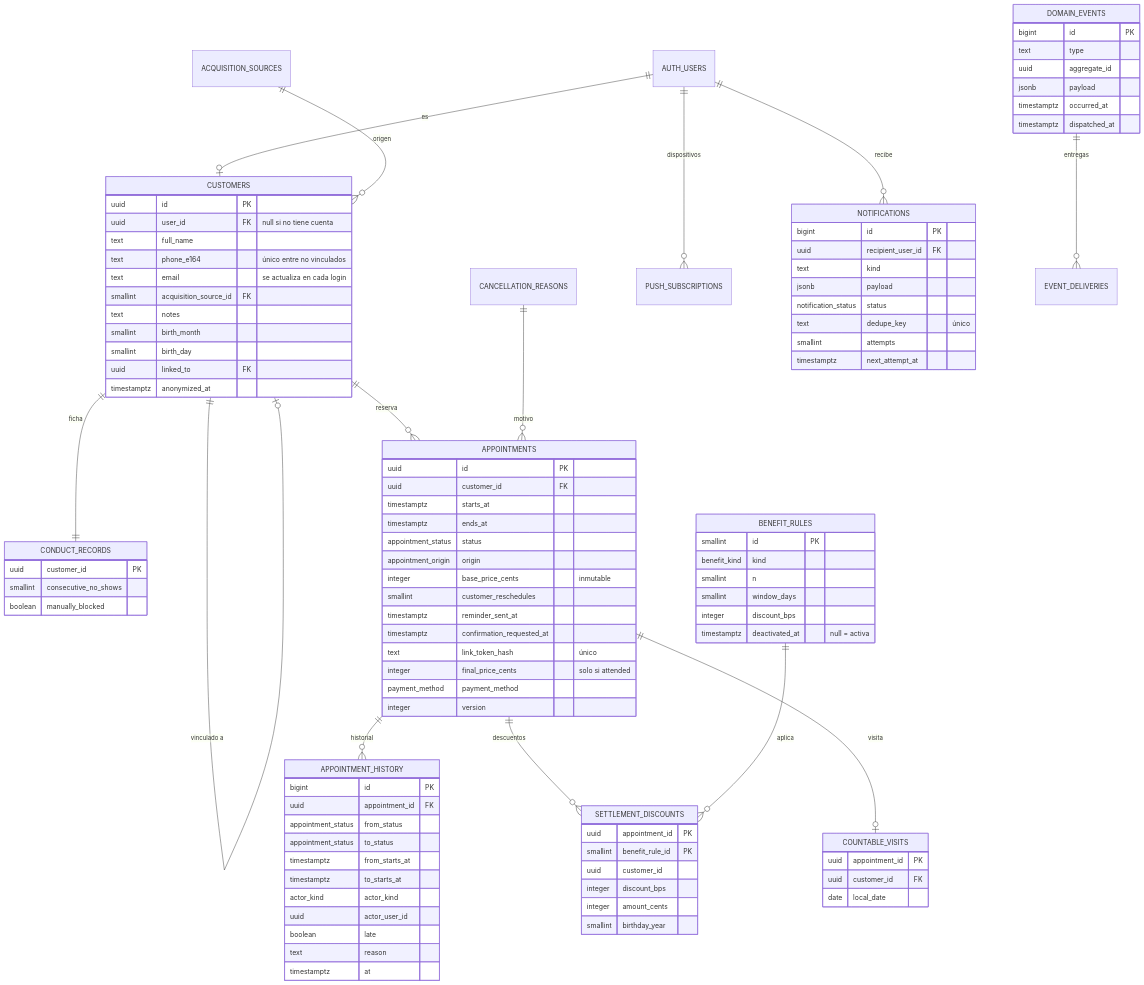
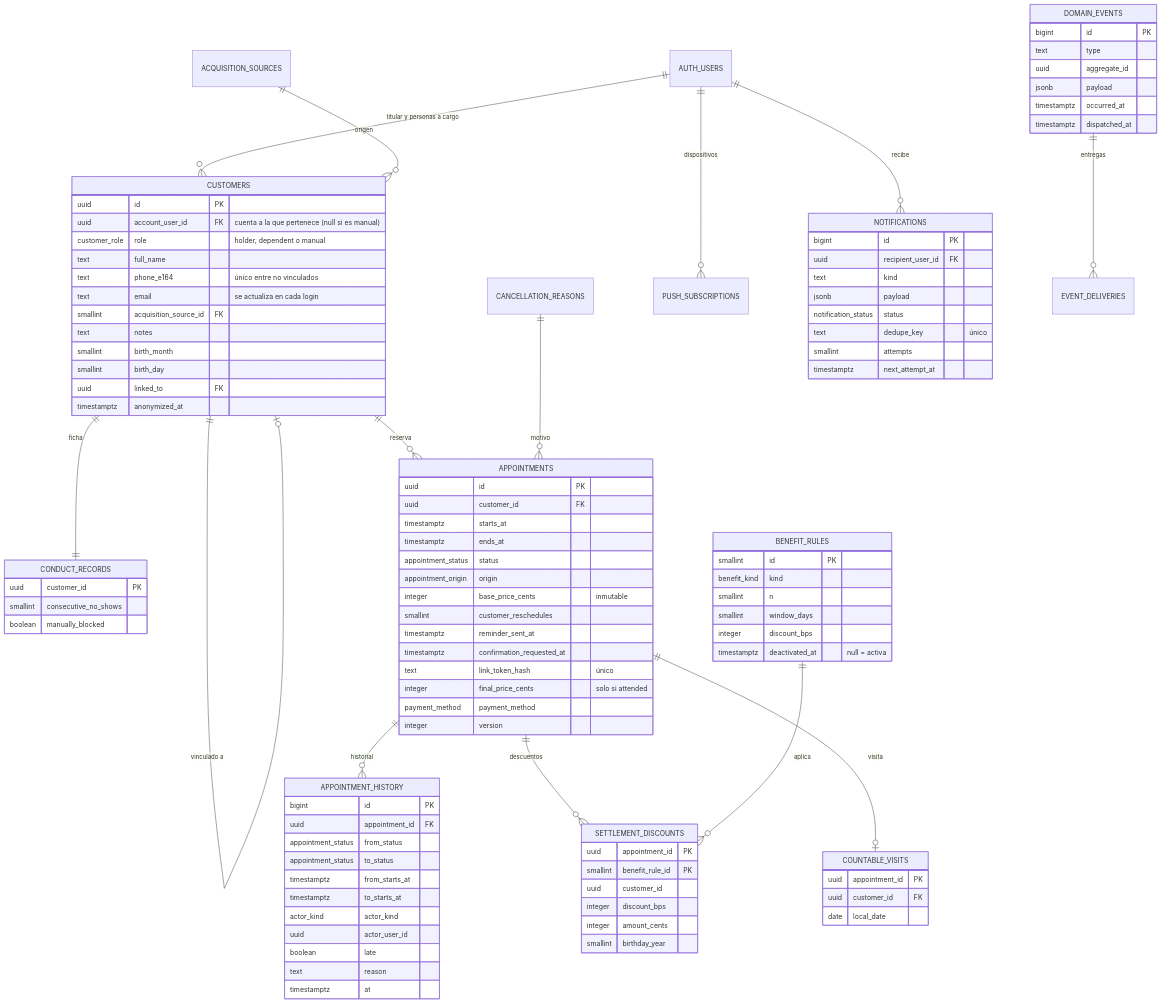
The diagram in docs/diseno/02-base-de-datos.md (gcasas205/barber-colo-app), drawn with Mermaid before and after one commit. The commit also changed other lines of this file and 9 other files, not shown here.

First line of the commit message:
design: logo de El Colo en vector y personas a cargo (P-16)

````diff
--- a/docs/diseno/02-base-de-datos.md
+++ b/docs/diseno/02-base-de-datos.md
@@ -30,6 +30,6 @@
 ```mermaid
 erDiagram
-    AUTH_USERS ||--o| CUSTOMERS : "es"
+    AUTH_USERS ||--o{ CUSTOMERS : "titular y personas a cargo"
     ACQUISITION_SOURCES ||--o{ CUSTOMERS : "origen"
     CUSTOMERS ||--o| CUSTOMERS : "vinculado a"
     CUSTOMERS ||--|| CONDUCT_RECORDS : "ficha"
@@ -45,7 +45,8 @@
 
     CUSTOMERS {
         uuid id PK
-        uuid user_id FK "null si no tiene cuenta"
+        uuid account_user_id FK "cuenta a la que pertenece (null si es manual)"
+        customer_role role "holder, dependent o manual"
         text full_name
         text phone_e164 "único entre no vinculados"
         text email "se actualiza en cada login"
````
